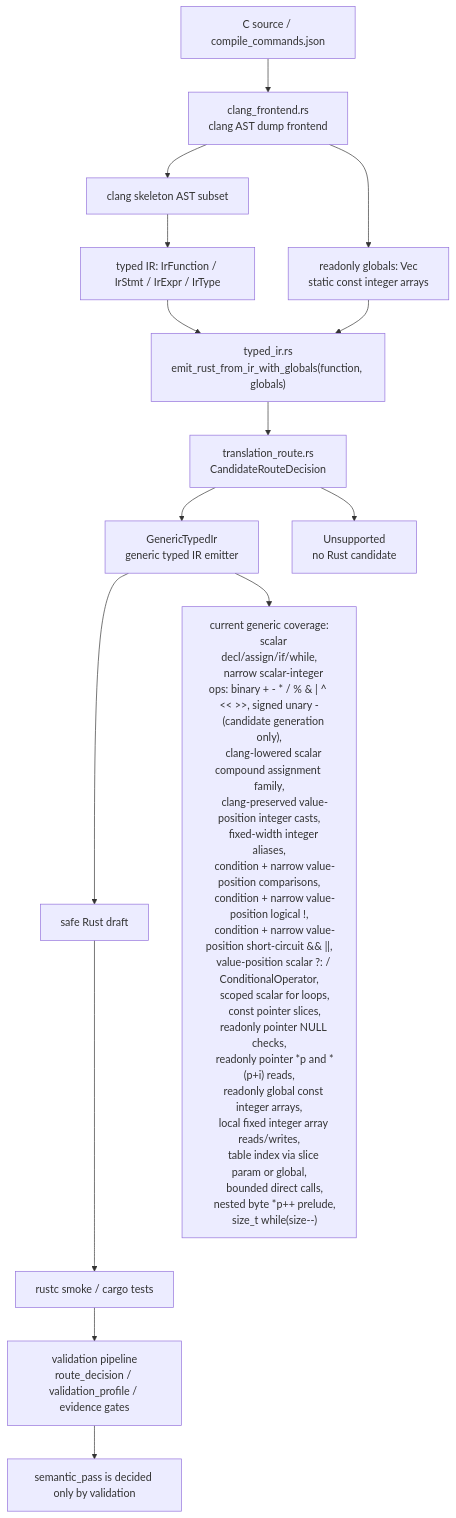
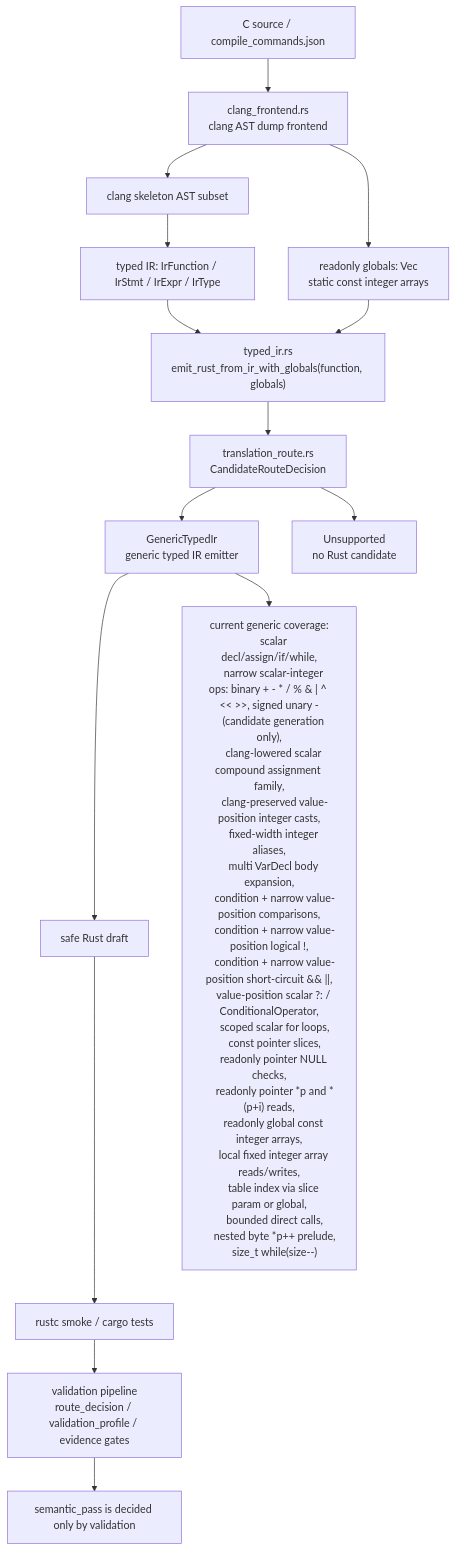
Before and after one commit to guoqihan342-svg/c-to-rust: the diagram in docs/c2rust-migration-agent/core-translation-architecture.en.md, drawn with Mermaid. The commit also changed other lines of this file and 9 other files, not shown here.

Commit message:
Support multi VarDecl lowering

````diff
--- a/docs/c2rust-migration-agent/core-translation-architecture.en.md
+++ b/docs/c2rust-migration-agent/core-translation-architecture.en.md
@@ -7,38 +7,39 @@
 ```mermaid
 flowchart TD
     C["C source / compile_commands.json"] --> Clang["clang_frontend.rs<br/>clang AST dump frontend"]
     Clang --> Skeleton["clang skeleton AST subset"]
     Skeleton --> IR["typed IR: IrFunction / IrStmt / IrExpr / IrType"]
     Clang --> Globals["readonly globals: Vec<IrGlobal><br/>static const integer arrays"]
     IR --> EmitCtx["typed_ir.rs<br/>emit_rust_from_ir_with_globals(function, globals)"]
     Globals --> EmitCtx
     EmitCtx --> RouteMeta["translation_route.rs<br/>CandidateRouteDecision"]
     RouteMeta --> Generic["GenericTypedIr<br/>generic typed IR emitter"]
     RouteMeta --> Unsupported["Unsupported<br/>no Rust candidate"]
     Generic --> Rust["safe Rust draft"]
     Rust --> Rustc["rustc smoke / cargo tests"]
     Rustc --> Validation["validation pipeline<br/>route_decision / validation_profile / evidence gates"]
 
     Generic --> Supported["current generic coverage:
     scalar decl/assign/if/while,
     narrow scalar-integer ops: binary + - * / % & | ^ << >>, signed unary -
     (candidate generation only),
     clang-lowered scalar compound assignment family,
     clang-preserved value-position integer casts,
     fixed-width integer aliases,
+    multi VarDecl body expansion,
     condition + narrow value-position comparisons,
     condition + narrow value-position logical !,
     condition + narrow value-position short-circuit && ||,
     value-position scalar ?: / ConditionalOperator,
     scoped scalar for loops,
     const pointer slices,
     readonly pointer NULL checks,
     readonly pointer *p and *(p+i) reads,
     readonly global const integer arrays,
     local fixed integer array reads/writes,
     table index via slice param or global,
     bounded direct calls,
     nested byte *p++ prelude,
     size_t while(size--)"]
     Validation --> Semantic["semantic_pass is decided only by validation"]
 ```
````
